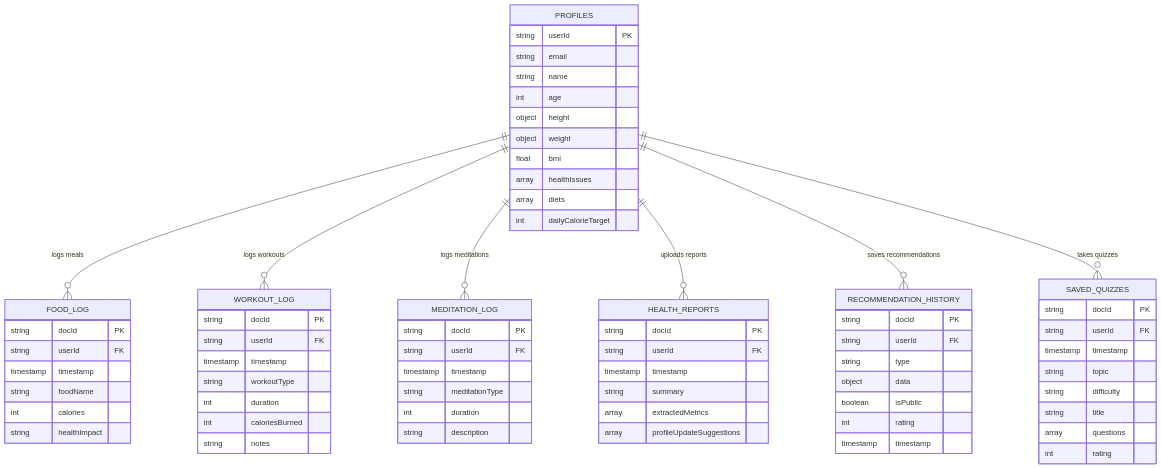
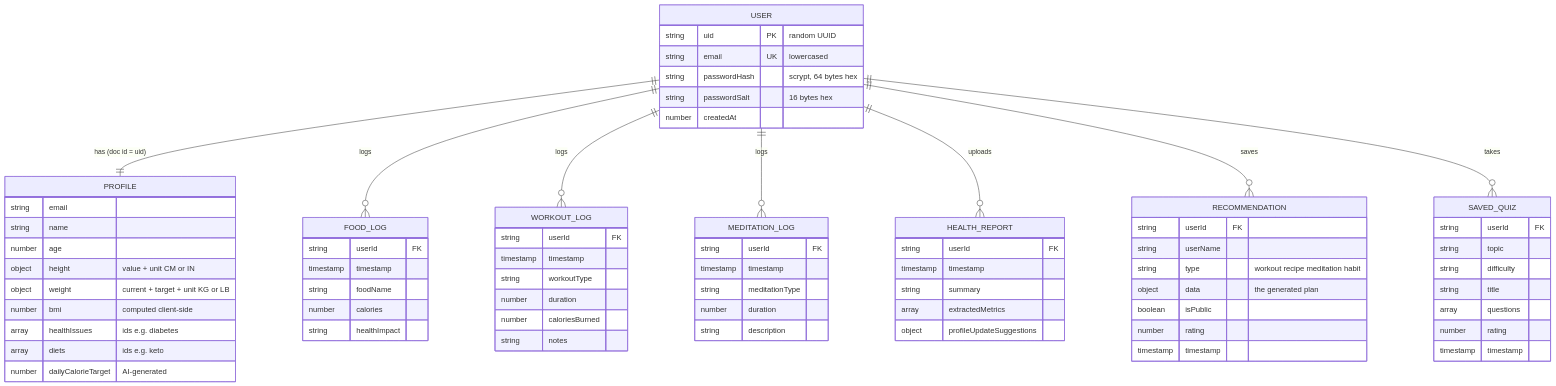
One commit to knotking/healthgeek changed the third of 11 diagrams in docs/architecture/README.md. Above: the diagram before and after it, drawn with Mermaid. The commit also changed other lines of this file and 6 other files, not shown here.

````diff
--- a/docs/architecture/README.md
+++ b/docs/architecture/README.md
@@ -84,80 +108,76 @@
 ```mermaid
 erDiagram
-    PROFILES {
-        string userId PK
+    USER ||--|| PROFILE : "has (doc id = uid)"
+    USER ||--o{ FOOD_LOG : logs
+    USER ||--o{ WORKOUT_LOG : logs
+    USER ||--o{ MEDITATION_LOG : logs
+    USER ||--o{ HEALTH_REPORT : uploads
+    USER ||--o{ RECOMMENDATION : saves
+    USER ||--o{ SAVED_QUIZ : takes
+
+    USER {
+        string uid PK "random UUID"
+        string email UK "lowercased"
+        string passwordHash "scrypt, 64 bytes hex"
+        string passwordSalt "16 bytes hex"
+        number createdAt
+    }
+    PROFILE {
         string email
         string name
-        int age
-        object height
-        object weight
-        float bmi
-        array healthIssues
-        array diets
-        int dailyCalorieTarget
+        number age
+        object height "value + unit CM or IN"
+        object weight "current + target + unit KG or LB"
+        number bmi "computed client-side"
+        array healthIssues "ids e.g. diabetes"
+        array diets "ids e.g. keto"
+        number dailyCalorieTarget "AI-generated"
     }
-
     FOOD_LOG {
-        string docId PK
         string userId FK
         timestamp timestamp
         string foodName
-        int calories
+        number calories
         string healthImpact
     }
-
     WORKOUT_LOG {
-        string docId PK
         string userId FK
         timestamp timestamp
         string workoutType
-        int duration
-        int caloriesBurned
+        number duration
+        number caloriesBurned
         string notes
     }
-
     MEDITATION_LOG {
-        string docId PK
         string userId FK
         timestamp timestamp
         string meditationType
-        int duration
+        number duration
         string description
     }
-
-    HEALTH_REPORTS {
-        string docId PK
+    HEALTH_REPORT {
         string userId FK
         timestamp timestamp
         string summary
         array extractedMetrics
-        array profileUpdateSuggestions
+        object profileUpdateSuggestions
     }
-
-    RECOMMENDATION_HISTORY {
-        string docId PK
+    RECOMMENDATION {
         string userId FK
-        string type
-        object data
+        string userName
+        string type "workout recipe meditation habit"
+        object data "the generated plan"
         boolean isPublic
-        int rating
+        number rating
         timestamp timestamp
     }
-
-    SAVED_QUIZZES {
-        string docId PK
+    SAVED_QUIZ {
         string userId FK
-        timestamp timestamp
         string topic
         string difficulty
         string title
         array questions
-        int rating
+        number rating
+        timestamp timestamp
     }
-
-    PROFILES ||--o{ FOOD_LOG : "logs meals"
-    PROFILES ||--o{ WORKOUT_LOG : "logs workouts"
-    PROFILES ||--o{ MEDITATION_LOG : "logs meditations"
-    PROFILES ||--o{ HEALTH_REPORTS : "uploads reports"
-    PROFILES ||--o{ RECOMMENDATION_HISTORY : "saves recommendations"
-    PROFILES ||--o{ SAVED_QUIZZES : "takes quizzes"
 ```
````
